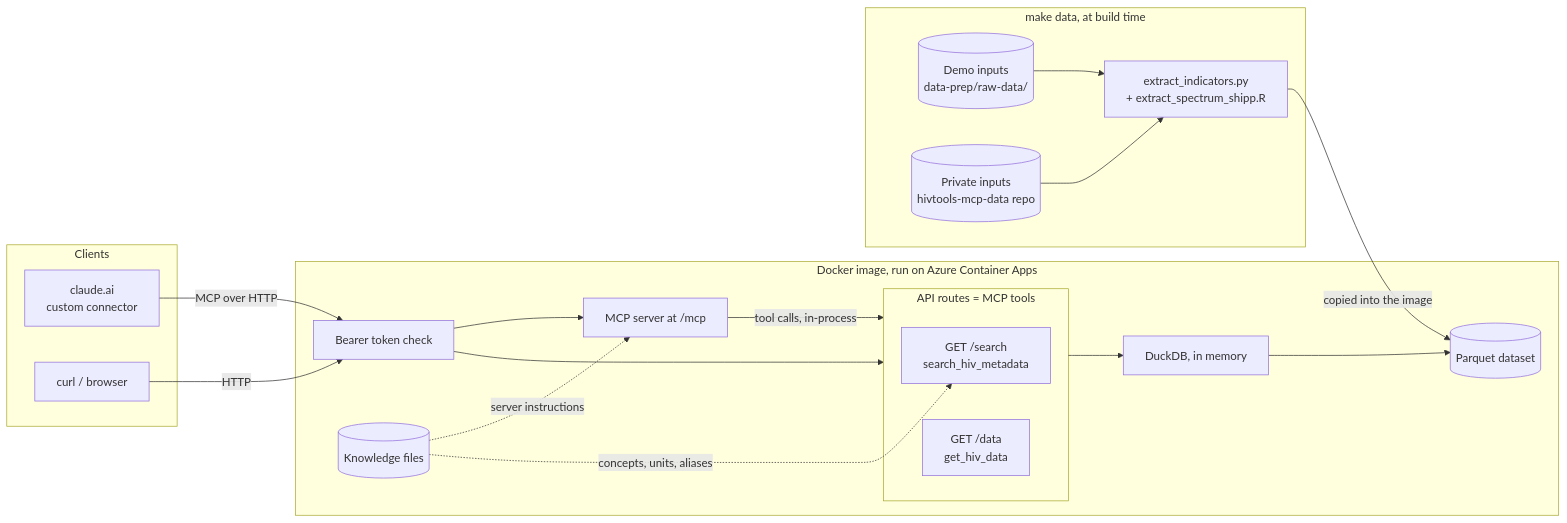
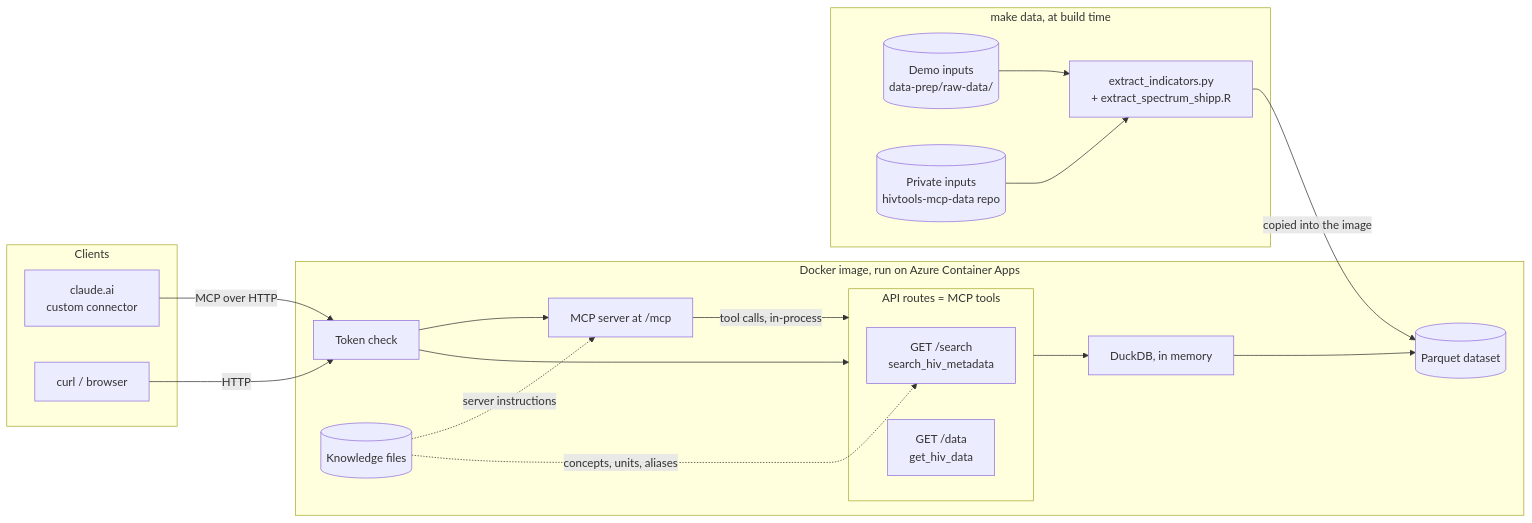
The first of 2 diagrams in README.md (hivtools/hivtools-mcp), drawn with Mermaid before and after one commit. The commit also changed other lines of this file and 13 other files, not shown here.

Commit message:
Switch from Bearer token to X-API-Key, the latter is an approved claude key

````diff
--- a/README.md
+++ b/README.md
@@ -28,38 +28,38 @@
 ```mermaid
 flowchart LR
     subgraph clients["Clients"]
         claude["claude.ai<br/>custom connector"]
         curl["curl / browser"]
     end
 
     subgraph image["Docker image, run on Azure Container Apps"]
-        auth["Bearer token check"]
+        auth["Token check"]
         mcp["MCP server at /mcp"]
         knowledge[("Knowledge files")]
         subgraph routes["API routes = MCP tools"]
             search["GET /search<br/>search_hiv_metadata"]
             data["GET /data<br/>get_hiv_data"]
         end
         duckdb["DuckDB, in memory"]
         parquet[("Parquet dataset")]
 
         auth --> mcp
         auth --> routes
         mcp -- "tool calls, in-process" --> routes
         knowledge -. "server instructions" .-> mcp
         knowledge -. "concepts, units, aliases" .-> search
         routes --> duckdb --> parquet
     end
 
     subgraph build["make data, at build time"]
         demo[("Demo inputs<br/>data-prep/raw-data/")]
         private[("Private inputs<br/>hivtools-mcp-data repo")]
         extract["extract_indicators.py<br/>+ extract_spectrum_shipp.R"]
         demo --> extract
         private --> extract
     end
 
     claude -- "MCP over HTTP" --> auth
     curl -- "HTTP" --> auth
     extract -- "copied into the image" --> parquet
 ```
````
